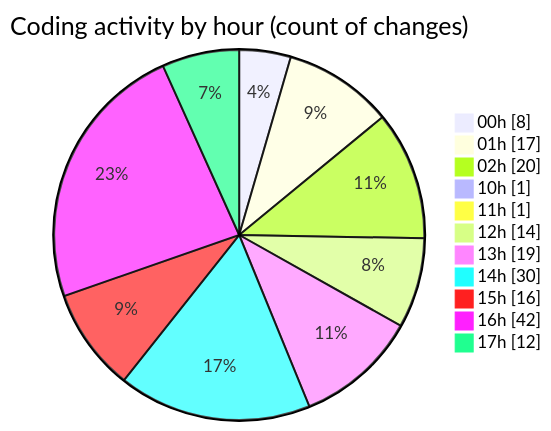
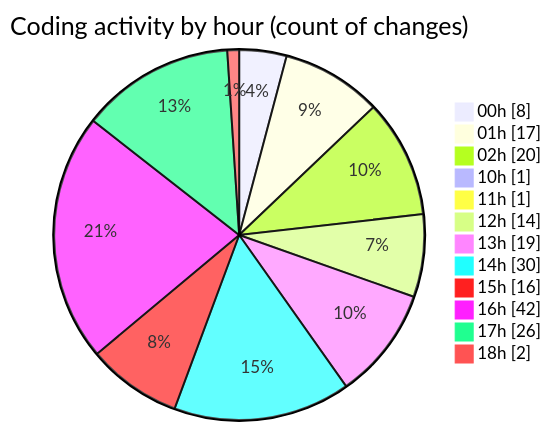
One commit to Elitesun/code-tracking changed the second of 2 diagrams in 2025-05-02/niten/README.md. Above: the diagram before and after it, drawn with Mermaid. The commit also changed other lines of this file and 1 other file, not shown here.

````diff
--- a/2025-05-02/niten/README.md
+++ b/2025-05-02/niten/README.md
@@ -78,15 +79,16 @@
 ```mermaid
 pie showData
 title Coding activity by hour (count of changes)
 "00h" : 8
 "01h" : 17
 "02h" : 20
 "10h" : 1
 "11h" : 1
 "12h" : 14
 "13h" : 19
 "14h" : 30
 "15h" : 16
 "16h" : 42
-"17h" : 12
+"17h" : 26
+"18h" : 2
 ```
````
